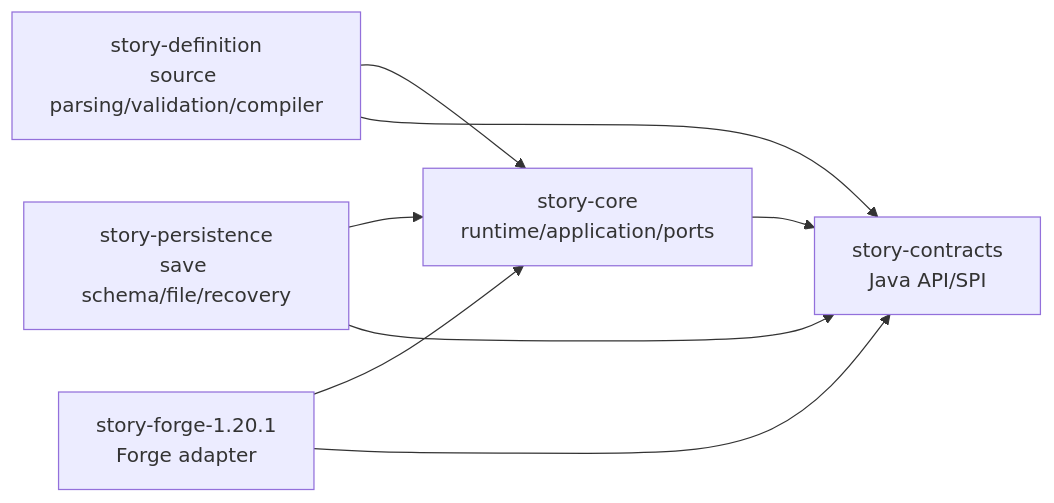
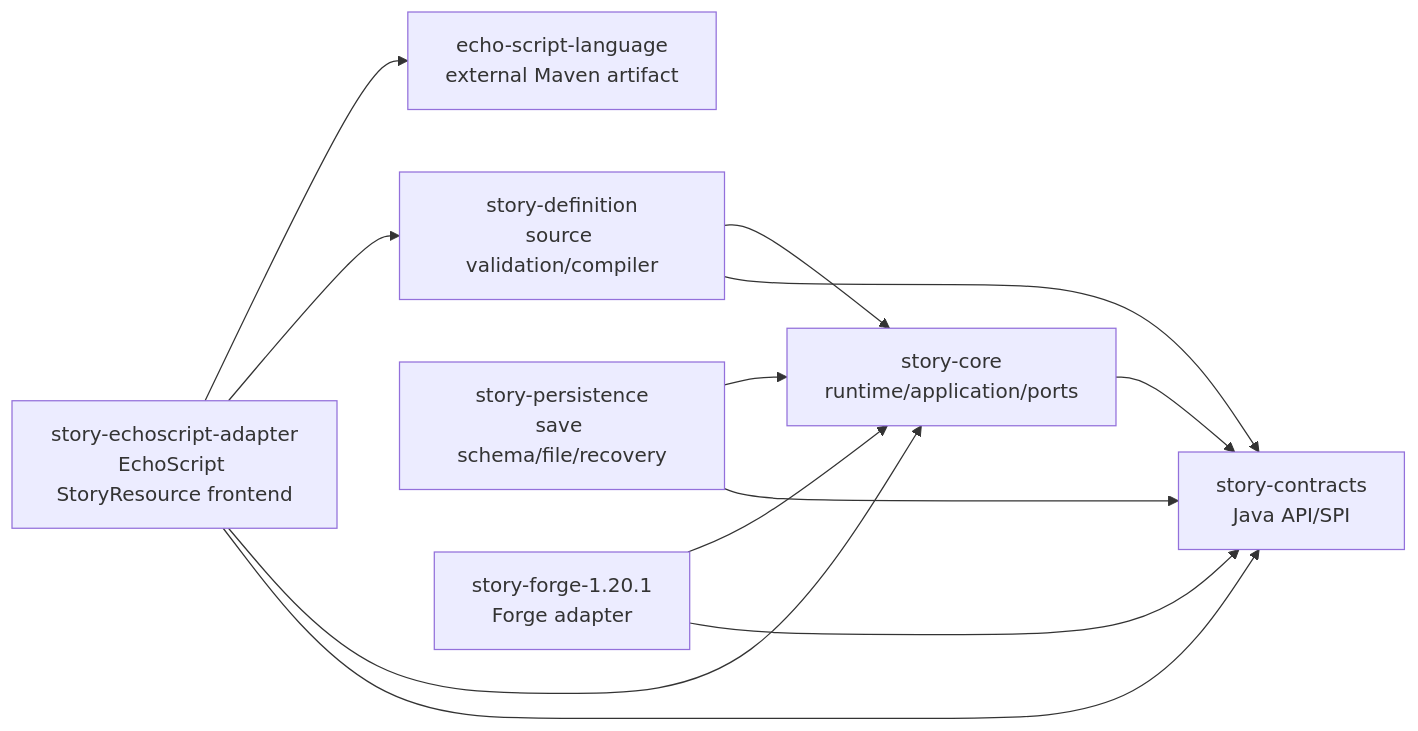
Before and after one commit to kxyr0/EchoStoryEngine2.0: the diagram in docs/architecture/PROJECT_MAP.md, drawn with Mermaid. The commit also changed other lines of this file and 48 other files, not shown here.

````diff
--- a/docs/architecture/PROJECT_MAP.md
+++ b/docs/architecture/PROJECT_MAP.md
@@ -13,15 +13,21 @@
 ```mermaid
 flowchart LR
     contracts["story-contracts\nJava API/SPI"]
     core["story-core\nruntime/application/ports"]
-    definition["story-definition\nsource parsing/validation/compiler"]
+    definition["story-definition\nsource validation/compiler"]
+    echoscript["story-echoscript-adapter\nEchoScript StoryResource frontend"]
+    echoscriptLang["echo-script-language\nexternal Maven artifact"]
     persistence["story-persistence\nsave schema/file/recovery"]
     forge["story-forge-1.20.1\nForge adapter"]
+    echoscript --> echoscriptLang
+    echoscript --> definition
+    echoscript --> core
+    echoscript --> contracts
     definition --> core
     definition --> contracts
     persistence --> core
     persistence --> contracts
     forge --> core
     forge --> contracts
     core --> contracts
 ```
````
